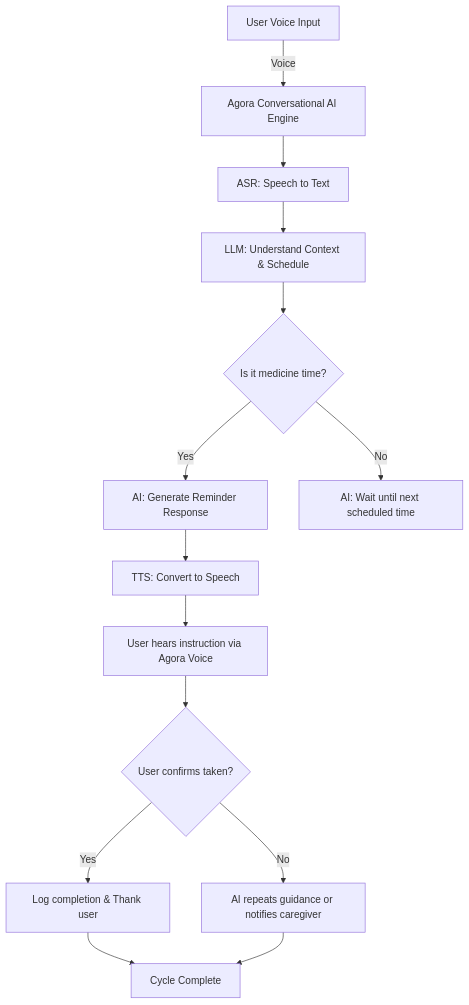
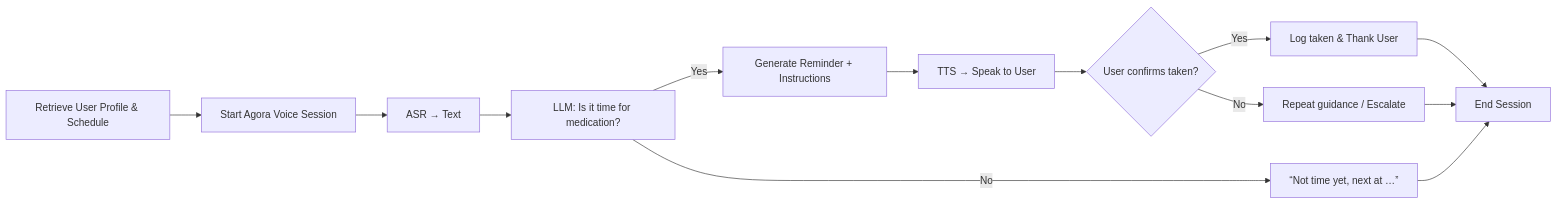
One commit to calebjubal/ey-techathon-fmeg-prototype changed the first of 2 diagrams in README.md. Above: the diagram before and after it, drawn with Mermaid. The commit also changed other lines of this file, not shown here.

````diff
--- a/README.md
+++ b/README.md
@@ -338,16 +337,15 @@
 ```mermaid
-flowchart TD
-    A[User Voice Input] -->|Voice| B[Agora Conversational AI Engine]
-    B --> C[ASR: Speech to Text]
-    C --> D[LLM: Understand Context & Schedule]
-    D --> E{Is it medicine time?}
-    E -->|Yes| F[AI: Generate Reminder Response]
-    F --> G[TTS: Convert to Speech]
-    G --> H[User hears instruction via Agora Voice]
-    E -->|No| I[AI: Wait until next scheduled time]
-    H --> J{User confirms taken?}
-    J -->|Yes| K[Log completion & Thank user]
-    J -->|No| L[AI repeats guidance or notifies caregiver]
-    K --> M[Cycle Complete]
-    L --> M
+flowchart LR
+    A[Retrieve User Profile & Schedule] --> B[Start Agora Voice Session]
+    B --> C[ASR → Text]
+    C --> D[LLM: Is it time for medication?]
+    D -- Yes --> E[Generate Reminder + Instructions]
+    D -- No --> F[“Not time yet, next at …”]
+    E --> G[TTS → Speak to User]
+    G --> H{User confirms taken?}
+    H -- Yes --> I[Log taken & Thank User]
+    H -- No --> J[Repeat guidance / Escalate]
+    I --> K[End Session]
+    J --> K
+    F --> K
 ```
````
